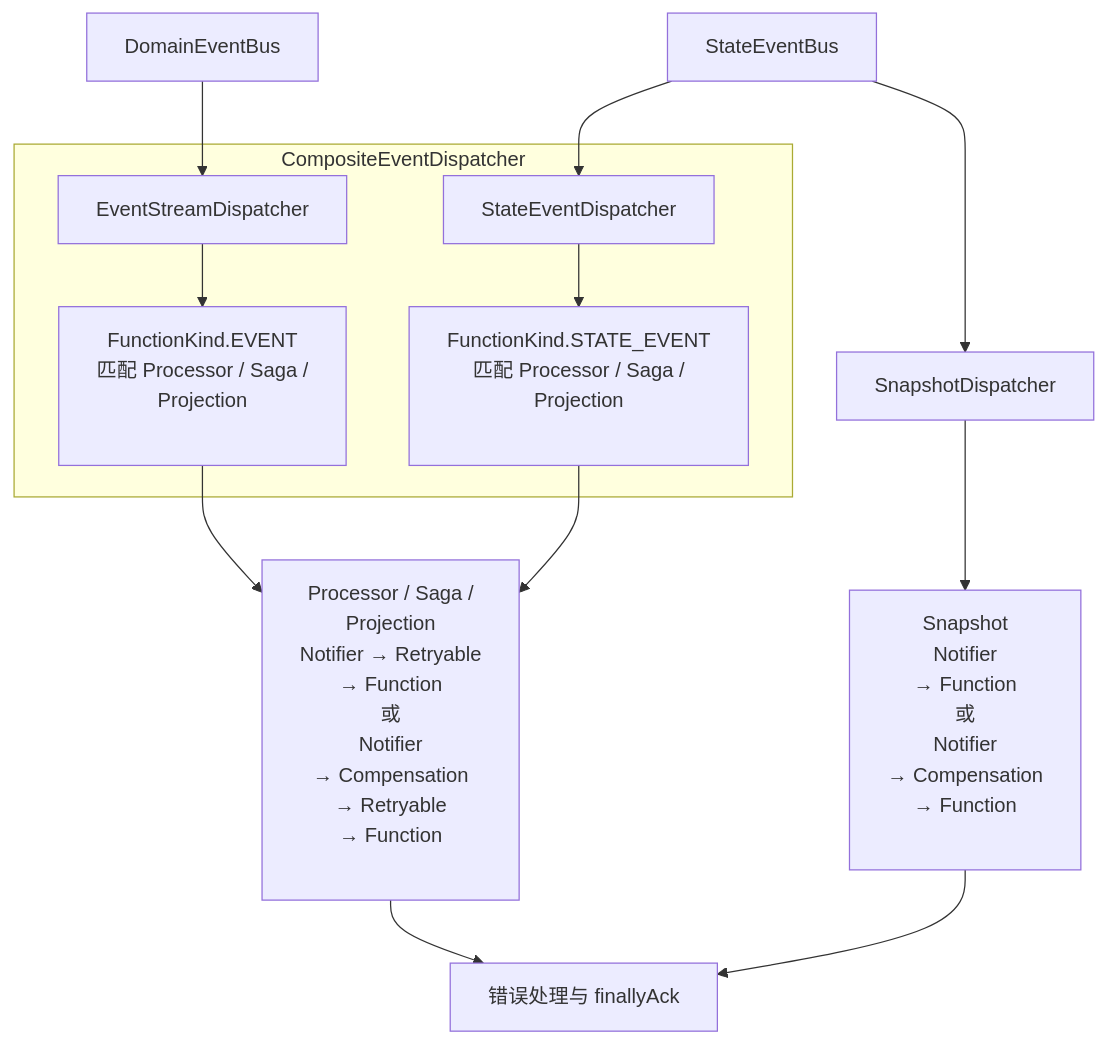
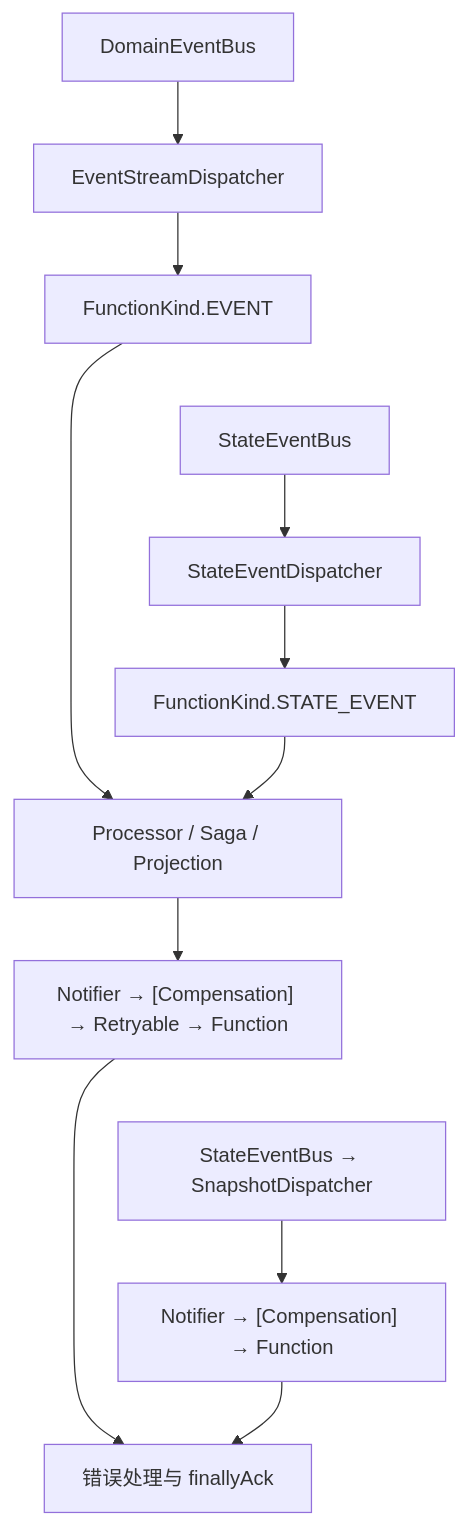
One commit to Ahoo-Wang/Wow changed the diagram in documentation/docs/zh/guide/event/dispatch.md. Above: the diagram before and after it, drawn with Mermaid. The commit also changed 19 other files, not shown here.

Commit message:
docs: improve Mermaid diagram readability

````diff
--- a/documentation/docs/zh/guide/event/dispatch.md
+++ b/documentation/docs/zh/guide/event/dispatch.md
@@ -24,15 +24,15 @@
 ```mermaid
 flowchart TB
     DomainBus["DomainEventBus"] --> EventStream["EventStreamDispatcher"]
     StateBus["StateEventBus"] --> StateEvent["StateEventDispatcher"]
-    StateBus --> SnapshotDispatcher["SnapshotDispatcher"]
-    subgraph Composite["CompositeEventDispatcher"]
-        EventStream --> EventKind["FunctionKind.EVENT<br/>匹配 Processor / Saga /<br/>Projection<br/>&nbsp;"]
-        StateEvent --> StateKind["FunctionKind.STATE_EVENT<br/>匹配 Processor / Saga /<br/>Projection<br/>&nbsp;"]
-    end
-    EventKind --> EventChain["Processor / Saga /<br/>Projection<br/>Notifier → Retryable<br/>→ Function<br/>或<br/>Notifier<br/>→ Compensation<br/>→ Retryable<br/>→ Function<br/>&nbsp;"]
-    StateKind --> EventChain
-    SnapshotDispatcher --> SnapshotChain["Snapshot<br/>Notifier<br/>→ Function<br/>或<br/>Notifier<br/>→ Compensation<br/>→ Function<br/>&nbsp;"]
-    EventChain --> Boundary["错误处理与 finallyAck"]
-    SnapshotChain --> Boundary
+    EventStream --> EventKind["FunctionKind.EVENT"]
+    EventKind ~~~ StateBus
+    StateEvent --> StateKind["FunctionKind.STATE_EVENT"]
+    EventKind --> Functions["Processor / Saga / Projection"]
+    StateKind --> Functions
+    Functions --> EventFilters["Notifier → [Compensation] → Retryable → Function"]
+    SnapshotPath["StateEventBus → SnapshotDispatcher"] --> SnapshotFilters["Notifier → [Compensation] → Function"]
+    EventFilters --> Boundary["错误处理与 finallyAck"]
+    SnapshotFilters --> Boundary
+    EventFilters ~~~ SnapshotPath
 ```
````
